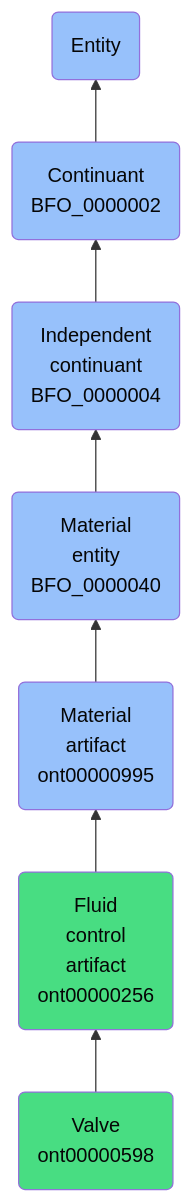
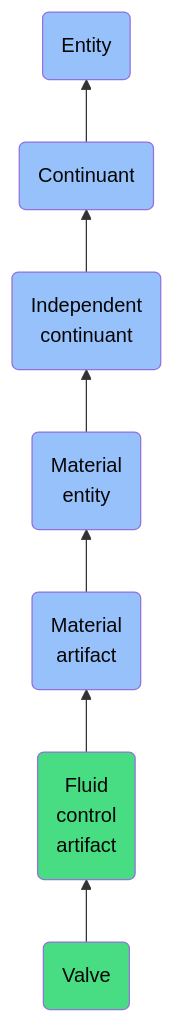
One commit to jupyter-naas/abi changed the diagram in docs/ontology/reference/model/Entity/Continuant/Independent continuant/Material entity/Material artifact/Fluid control artifact/Valve/Valve.md. Above: the diagram before and after it, drawn with Mermaid. The commit also changed other lines of this file and 1430 other files, not shown here.

````diff
--- a/docs/ontology/reference/model/Entity/Continuant/Independent continuant/Material entity/Material artifact/Fluid control artifact/Valve/Valve.md
+++ b/docs/ontology/reference/model/Entity/Continuant/Independent continuant/Material entity/Material artifact/Fluid control artifact/Valve/Valve.md
@@ -24,14 +24,14 @@
 ```mermaid
 graph BT
-    ont00000598(Valve<br>ont00000598):::ABI-->ont00000256
-    ont00000256(Fluid<br>control<br>artifact<br>ont00000256):::ABI-->ont00000995
-    ont00000995(Material<br>artifact<br>ont00000995):::BFO-->BFO_0000040
-    BFO_0000040(Material<br>entity<br>BFO_0000040):::BFO-->BFO_0000004
-    BFO_0000004(Independent<br>continuant<br>BFO_0000004):::BFO-->BFO_0000002
-    BFO_0000002(Continuant<br>BFO_0000002):::BFO-->BFO_0000001
+    ont00000598(Valve):::ABI-->ont00000256
+    ont00000256(Fluid<br>control<br>artifact):::ABI-->ont00000995
+    ont00000995(Material<br>artifact):::BFO-->BFO_0000040
+    BFO_0000040(Material<br>entity):::BFO-->BFO_0000004
+    BFO_0000004(Independent<br>continuant):::BFO-->BFO_0000002
+    BFO_0000002(Continuant):::BFO-->BFO_0000001
     BFO_0000001(Entity):::BFO
     
     classDef BFO fill:#97c1fb,color:#060606
     classDef CCO fill:#e4c51e,color:#060606
     classDef ABI fill:#48DD82,color:#060606
 ```
````
